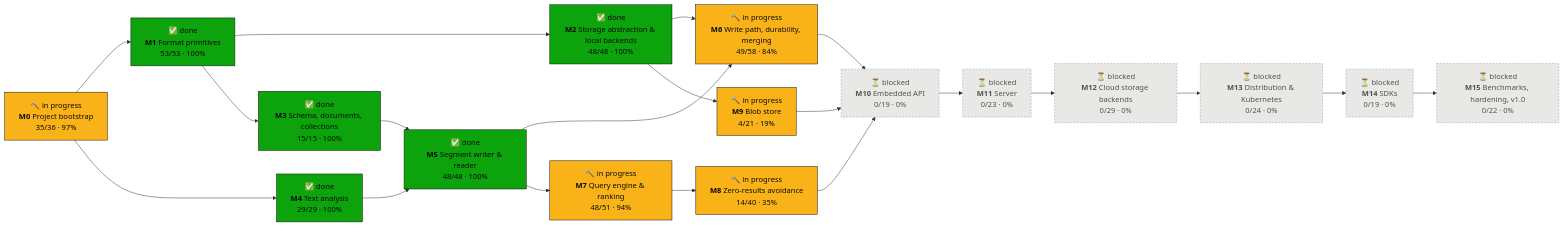
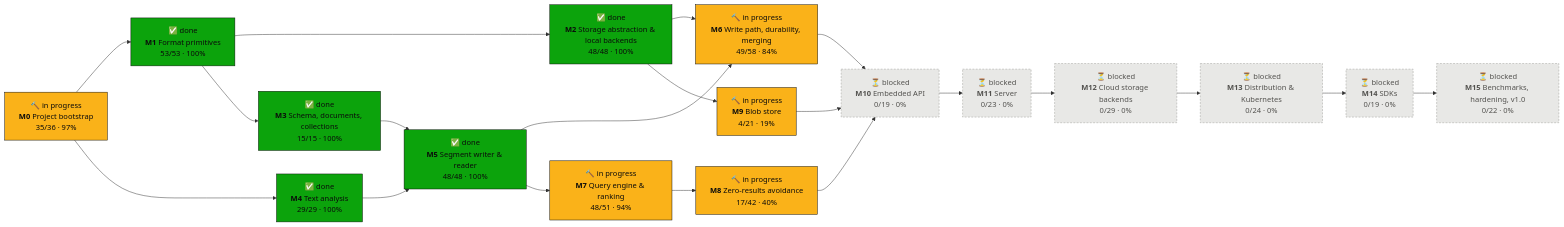
One commit to tomiok/persiaDB changed the first of 2 diagrams in PROGRESS.md. Above: the diagram before and after it, drawn with Mermaid. The commit also changed other lines of this file and 31 other files, not shown here.

First line of the commit message:
feat(engine): nested-level exclusion, filter join, L3 prefix (ROADMAP 8.2.2.4, 8.1.17, 8.2.3) (#91)

````diff
--- a/PROGRESS.md
+++ b/PROGRESS.md
@@ -16,42 +16,42 @@
 ```mermaid
 flowchart LR
   M0["🔨 in progress<br/><b>M0</b> Project bootstrap<br/>35/36 · 97%"]:::doing
   M1["✅ done<br/><b>M1</b> Format primitives<br/>53/53 · 100%"]:::done
   M2["✅ done<br/><b>M2</b> Storage abstraction & local backends<br/>48/48 · 100%"]:::done
   M3["✅ done<br/><b>M3</b> Schema, documents, collections<br/>15/15 · 100%"]:::done
   M4["✅ done<br/><b>M4</b> Text analysis<br/>29/29 · 100%"]:::done
   M5["✅ done<br/><b>M5</b> Segment writer & reader<br/>48/48 · 100%"]:::done
   M6["🔨 in progress<br/><b>M6</b> Write path, durability, merging<br/>49/58 · 84%"]:::doing
   M7["🔨 in progress<br/><b>M7</b> Query engine & ranking<br/>48/51 · 94%"]:::doing
-  M8["🔨 in progress<br/><b>M8</b> Zero-results avoidance<br/>14/40 · 35%"]:::doing
+  M8["🔨 in progress<br/><b>M8</b> Zero-results avoidance<br/>17/42 · 40%"]:::doing
   M9["🔨 in progress<br/><b>M9</b> Blob store<br/>4/21 · 19%"]:::doing
   M10["⏳ blocked<br/><b>M10</b> Embedded API<br/>0/19 · 0%"]:::blocked
   M11["⏳ blocked<br/><b>M11</b> Server<br/>0/23 · 0%"]:::blocked
   M12["⏳ blocked<br/><b>M12</b> Cloud storage backends<br/>0/29 · 0%"]:::blocked
   M13["⏳ blocked<br/><b>M13</b> Distribution & Kubernetes<br/>0/24 · 0%"]:::blocked
   M14["⏳ blocked<br/><b>M14</b> SDKs<br/>0/19 · 0%"]:::blocked
   M15["⏳ blocked<br/><b>M15</b> Benchmarks, hardening, v1.0<br/>0/22 · 0%"]:::blocked
   M0 --> M1
   M1 --> M2
   M1 --> M3
   M0 --> M4
   M3 --> M5
   M4 --> M5
   M2 --> M6
   M5 --> M6
   M5 --> M7
   M7 --> M8
   M2 --> M9
   M6 --> M10
   M8 --> M10
   M9 --> M10
   M10 --> M11
   M11 --> M12
   M12 --> M13
   M13 --> M14
   M14 --> M15
   classDef done fill:#0ca30c,stroke:#0b0b0b,color:#0b0b0b
   classDef doing fill:#fab219,stroke:#0b0b0b,color:#0b0b0b
   classDef ready fill:#fcfcfb,stroke:#0b0b0b,stroke-width:2px,color:#0b0b0b
   classDef blocked fill:#e8e8e6,stroke:#9a9a96,stroke-dasharray:4 3,color:#52514e
 ```
````
